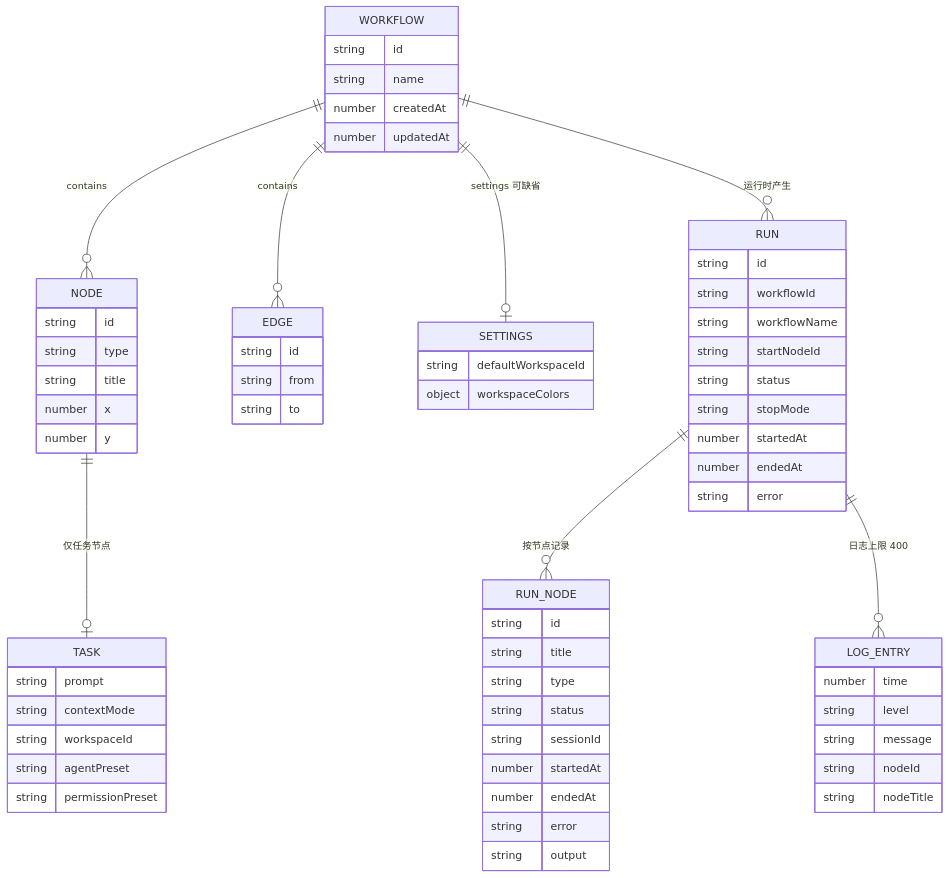
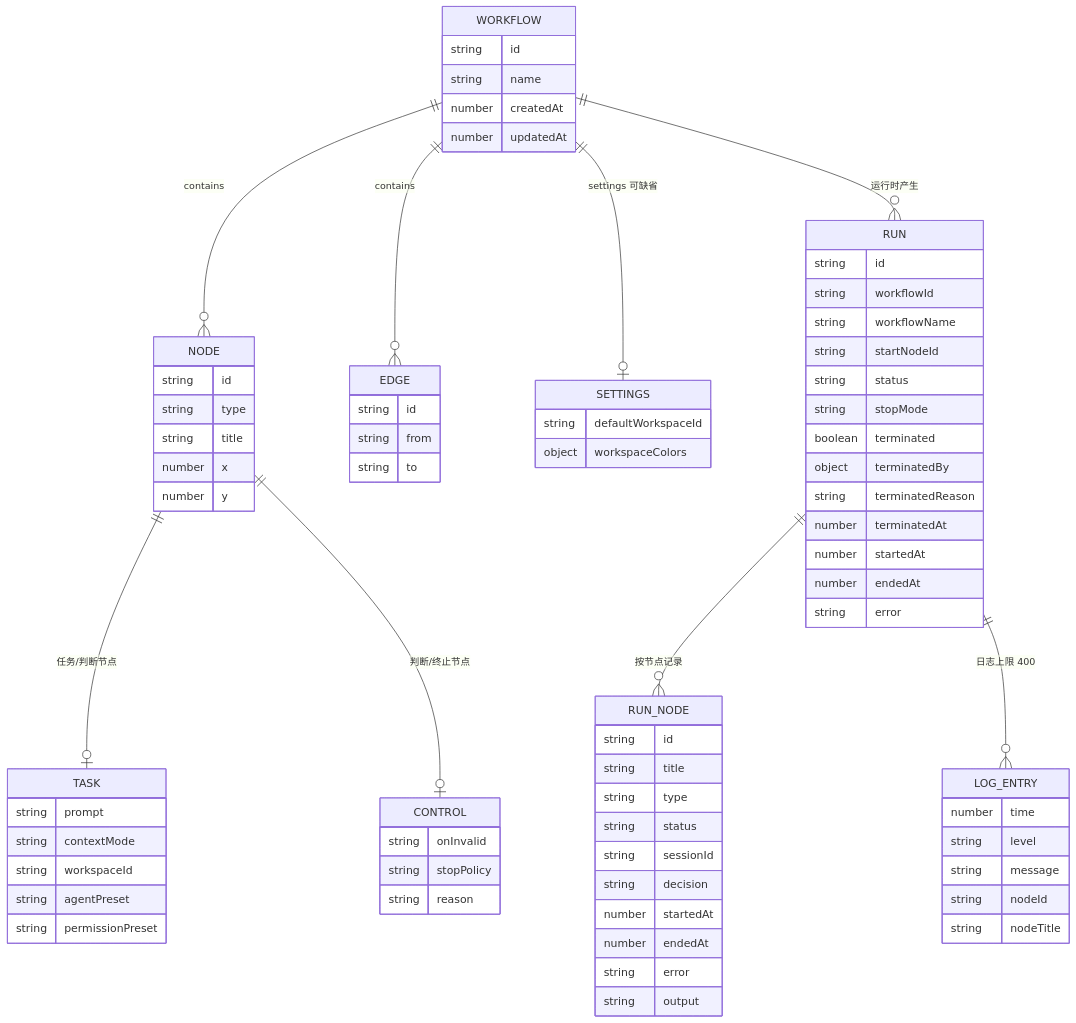
One commit to czyt1988/dsh-workflow-orchestrator changed the first of 2 diagrams in docs/dev/data-model.md. Above: the diagram before and after it, drawn with Mermaid. The commit also changed other lines of this file and 20 other files, not shown here.

````diff
--- a/docs/dev/data-model.md
+++ b/docs/dev/data-model.md
@@ -27,69 +27,80 @@
 ```mermaid
 erDiagram
   WORKFLOW ||--o{ NODE : contains
   WORKFLOW ||--o{ EDGE : contains
   WORKFLOW ||--o| SETTINGS : "settings 可缺省"
-  NODE ||--o| TASK : "仅任务节点"
+  NODE ||--o| TASK : "任务/判断节点"
+  NODE ||--o| CONTROL : "判断/终止节点"
   WORKFLOW ||--o{ RUN : "运行时产生"
   RUN ||--o{ RUN_NODE : "按节点记录"
   RUN ||--o{ LOG_ENTRY : "日志上限 400"
 
   WORKFLOW {
     string id
     string name
     number createdAt
     number updatedAt
   }
   NODE {
     string id
     string type
     string title
     number x
     number y
   }
   TASK {
     string prompt
     string contextMode
     string workspaceId
     string agentPreset
     string permissionPreset
   }
+  CONTROL {
+    string onInvalid
+    string stopPolicy
+    string reason
+  }
   EDGE {
     string id
     string from
     string to
   }
   SETTINGS {
     string defaultWorkspaceId
     object workspaceColors
   }
   RUN {
     string id
     string workflowId
     string workflowName
     string startNodeId
     string status
     string stopMode
+    boolean terminated
+    object terminatedBy
+    string terminatedReason
+    number terminatedAt
     number startedAt
     number endedAt
     string error
   }
   RUN_NODE {
     string id
     string title
     string type
     string status
     string sessionId
+    string decision
     number startedAt
     number endedAt
     string error
     string output
   }
   LOG_ENTRY {
     number time
     string level
     string message
     string nodeId
     string nodeTitle
   }
 ```
````
